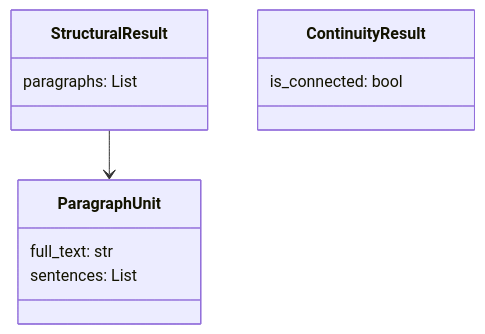
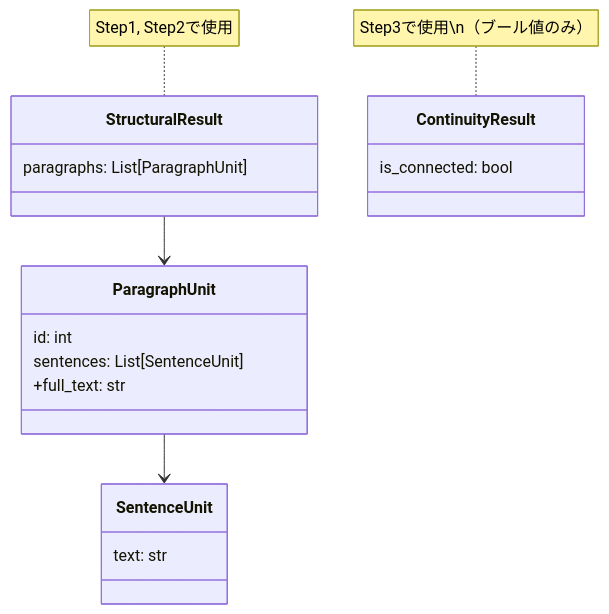
Before and after one commit to nakashima2toshio/gemini_grace_agent: the eighth of 8 diagrams in chunking/doc/check_async.md, drawn with Mermaid. The commit also changed other lines of this file and 10 other files, not shown here.

````diff
--- a/chunking/doc/check_async.md
+++ b/chunking/doc/check_async.md
@@ -588,17 +746,26 @@
 ```mermaid
 classDiagram
     class StructuralResult {
-        paragraphs: List
+        paragraphs: List[ParagraphUnit]
     }
 
     class ParagraphUnit {
-        full_text: str
-        sentences: List
+        id: int
+        sentences: List[SentenceUnit]
+        +full_text: str
+    }
+
+    class SentenceUnit {
+        text: str
     }
 
     class ContinuityResult {
         is_connected: bool
     }
 
     StructuralResult --> ParagraphUnit
+    ParagraphUnit --> SentenceUnit
+
+    note for StructuralResult "Step1, Step2で使用"
+    note for ContinuityResult "Step3で使用\n（ブール値のみ）"
 ```
````
